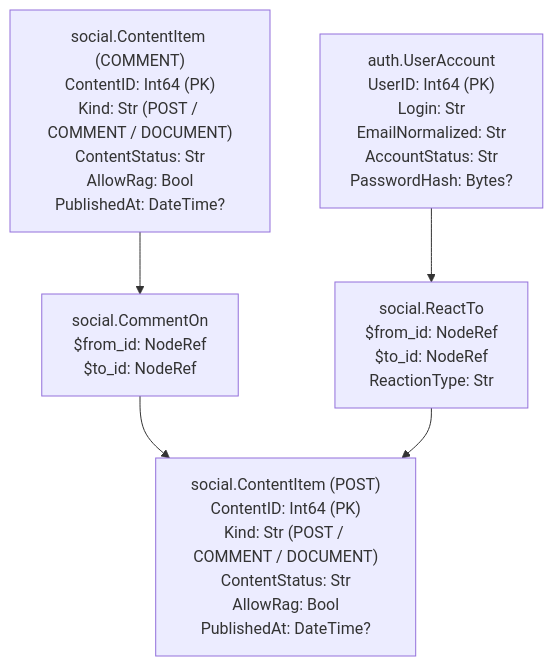
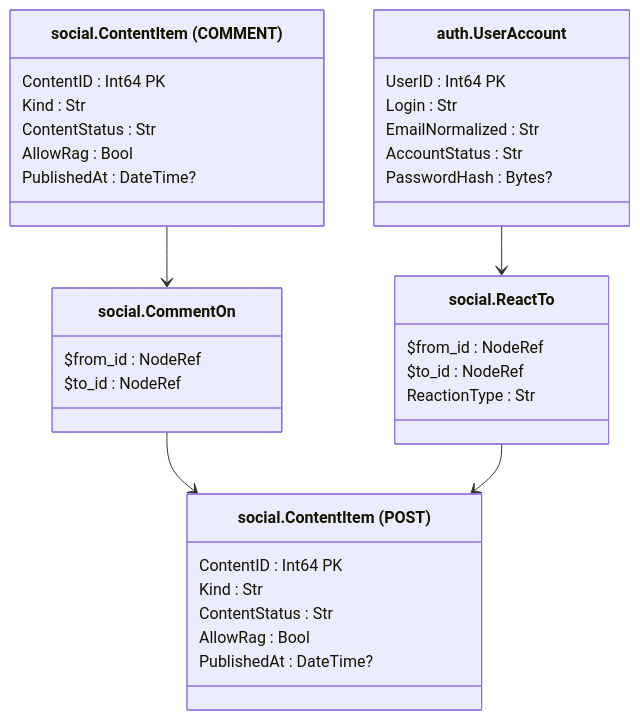
Before and after one commit to lkeey/BIVT-labs: the fourth of 15 diagrams in 03SQL-CourseWork/architecture/database-model.md, drawn with Mermaid. The commit also changed other lines of this file, not shown here.

Commit message:
docs: center database table titles in diagrams

```diff
--- a/03SQL-CourseWork/architecture/database-model.md
+++ b/03SQL-CourseWork/architecture/database-model.md
@@ -55,10 +138,38 @@
 ~~~mermaid
-flowchart TB
-    CM["social.ContentItem (COMMENT)<br/>ContentID: Int64 (PK)<br/>Kind: Str (POST / COMMENT / DOCUMENT)<br/>ContentStatus: Str<br/>AllowRag: Bool<br/>PublishedAt: DateTime?"]
-    CO["social.CommentOn<br/>$from_id: NodeRef<br/>$to_id: NodeRef"]
-    P["social.ContentItem (POST)<br/>ContentID: Int64 (PK)<br/>Kind: Str (POST / COMMENT / DOCUMENT)<br/>ContentStatus: Str<br/>AllowRag: Bool<br/>PublishedAt: DateTime?"]
-    U["auth.UserAccount<br/>UserID: Int64 (PK)<br/>Login: Str<br/>EmailNormalized: Str<br/>AccountStatus: Str<br/>PasswordHash: Bytes?"]
-    R["social.ReactTo<br/>$from_id: NodeRef<br/>$to_id: NodeRef<br/>ReactionType: Str"]
-    CM --> CO --> P
-    U --> R --> P
+classDiagram
+    direction TB
+    class CM["social.ContentItem (COMMENT)"] {
+        ContentID : Int64 PK
+        Kind : Str
+        ContentStatus : Str
+        AllowRag : Bool
+        PublishedAt : DateTime?
+    }
+    class CO["social.CommentOn"] {
+        $from_id : NodeRef
+        $to_id : NodeRef
+    }
+    class P["social.ContentItem (POST)"] {
+        ContentID : Int64 PK
+        Kind : Str
+        ContentStatus : Str
+        AllowRag : Bool
+        PublishedAt : DateTime?
+    }
+    class U["auth.UserAccount"] {
+        UserID : Int64 PK
+        Login : Str
+        EmailNormalized : Str
+        AccountStatus : Str
+        PasswordHash : Bytes?
+    }
+    class R["social.ReactTo"] {
+        $from_id : NodeRef
+        $to_id : NodeRef
+        ReactionType : Str
+    }
+    CM --> CO
+    CO --> P
+    U --> R
+    R --> P
 ~~~
```
